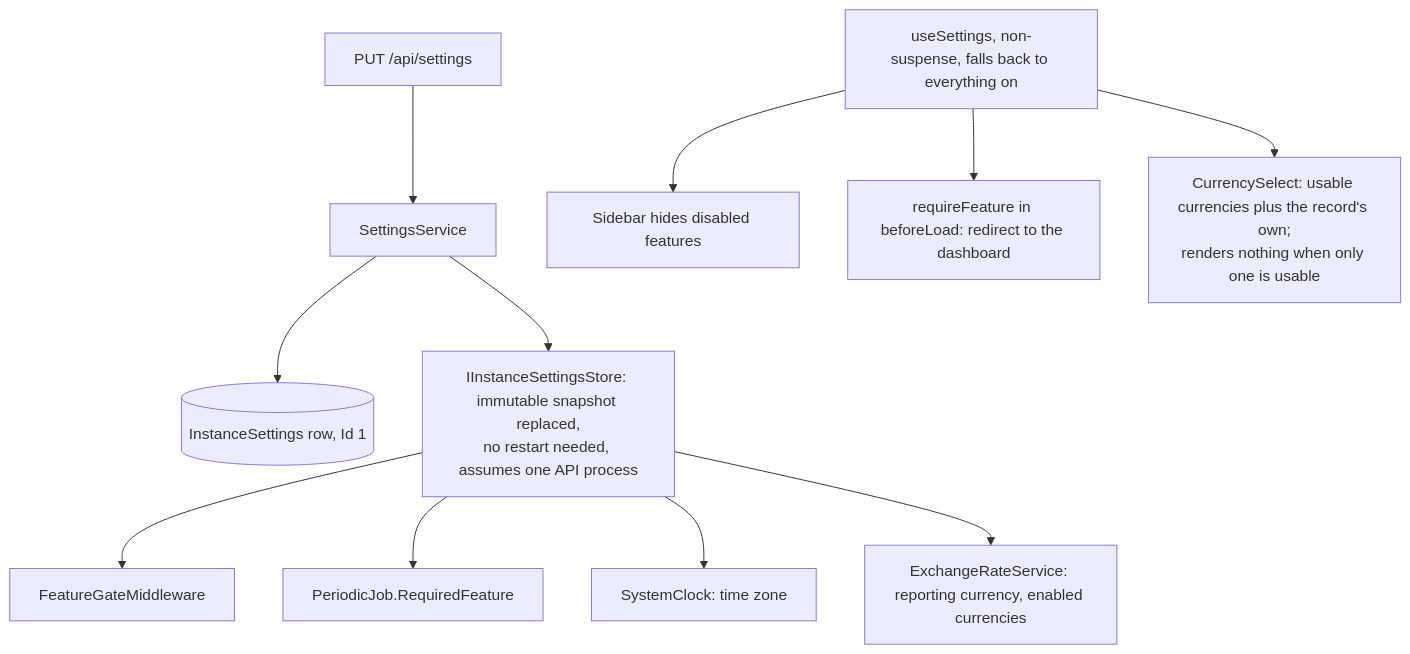
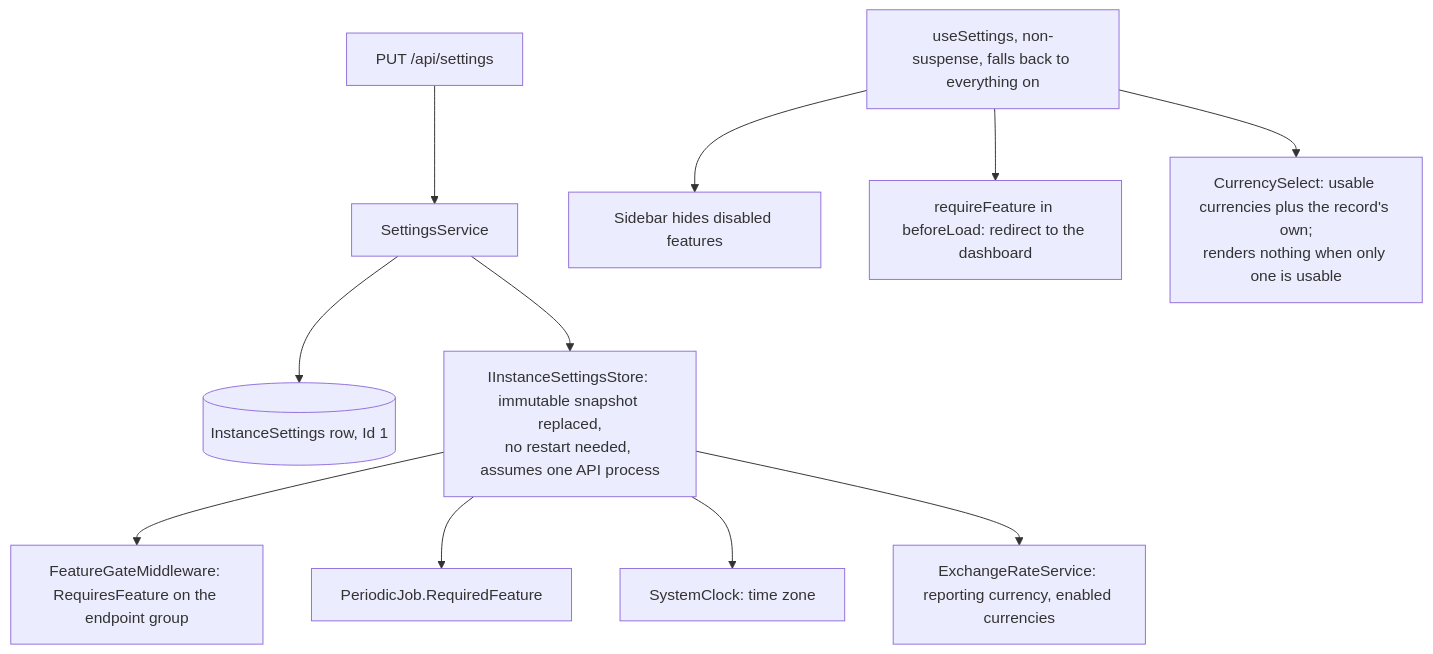
One commit to Justxs/Jx-Finance changed the diagram in docs/features/21. Installation settings and feature switches.md. Above: the diagram before and after it, drawn with Mermaid. The commit also changed other lines of this file and 30 other files, not shown here.

First line of the commit message:
refactor(backend): gate features by endpoint group metadata and write middleware errors as endpoint problems

````diff
--- a/docs/features/21. Installation settings and feature switches.md
+++ b/docs/features/21. Installation settings and feature switches.md
@@ -7,13 +7,13 @@
 ```mermaid
 flowchart TD
     Save["PUT /api/settings"] --> Svc["SettingsService"]
     Svc --> Row[("InstanceSettings row, Id 1")]
     Svc --> Store["IInstanceSettingsStore: immutable snapshot replaced,<br/>no restart needed, assumes one API process"]
-    Store --> Gate["FeatureGateMiddleware"]
+    Store --> Gate["FeatureGateMiddleware: RequiresFeature on the endpoint group"]
     Store --> Jobs["PeriodicJob.RequiredFeature"]
     Store --> Clock["SystemClock: time zone"]
     Store --> Rates["ExchangeRateService: reporting currency, enabled currencies"]
     Client["useSettings, non-suspense, falls back to everything on"] --> Nav["Sidebar hides disabled features"]
     Client --> Before["requireFeature in beforeLoad: redirect to the dashboard"]
     Client --> Cur["CurrencySelect: usable currencies plus the record's own;<br/>renders nothing when only one is usable"]
 ```
````
